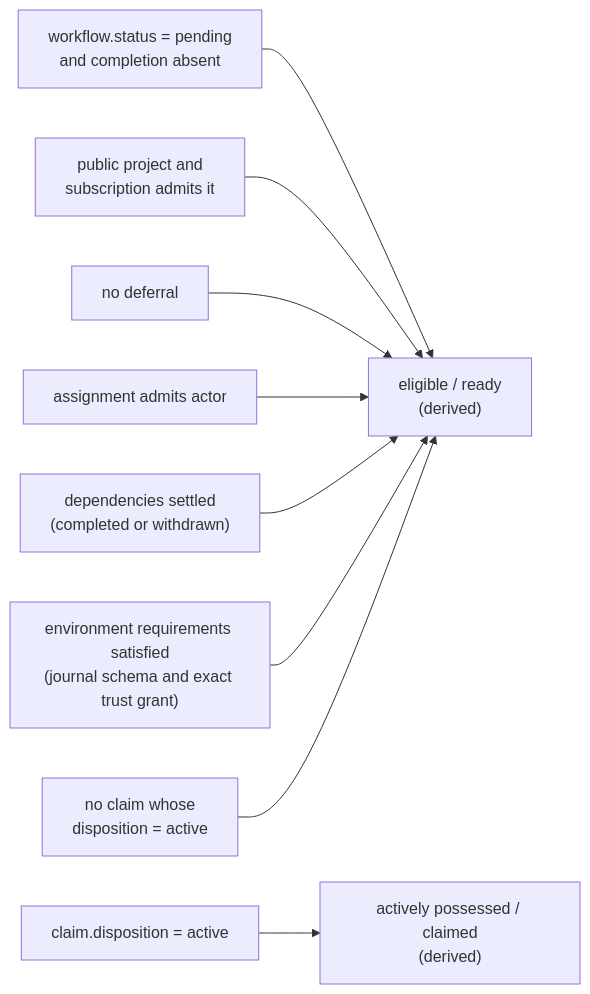
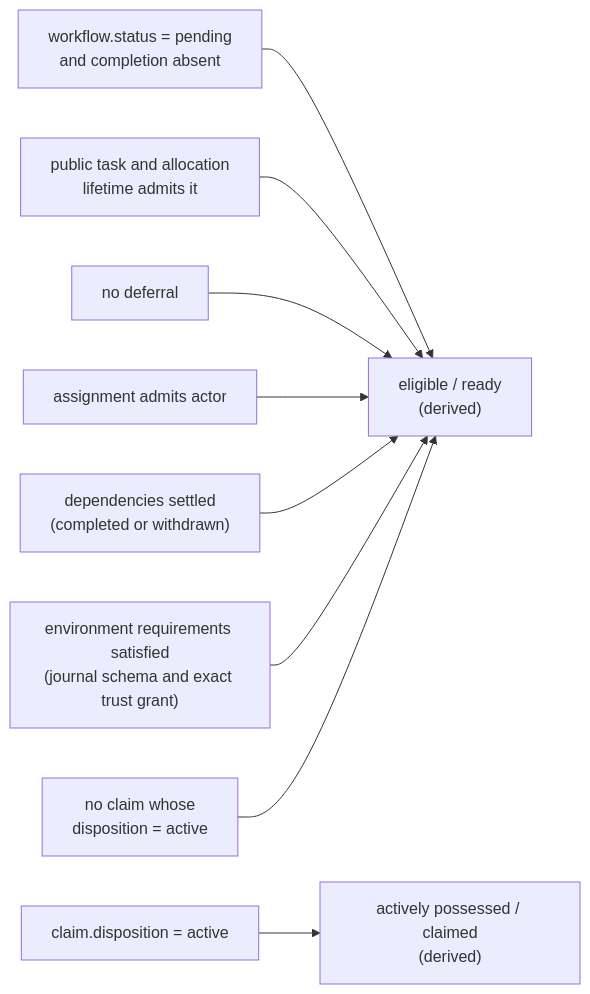
The second of 19 diagrams in docs/product/model/states.md (infimalabs/spice-rust), drawn with Mermaid before and after one commit. The commit also changed 76 other files, not shown here.

````diff
--- a/docs/product/model/states.md
+++ b/docs/product/model/states.md
@@ -27,11 +27,11 @@
 ```mermaid
 flowchart LR
   P["workflow.status = pending<br/>and completion absent"] --> E["eligible / ready<br/>(derived)"]
-  V["public project and<br/>subscription admits it"] --> E
+  V["public task and allocation<br/>lifetime admits it"] --> E
   F["no deferral"] --> E
   A["assignment admits actor"] --> E
   D["dependencies settled<br/>(completed or withdrawn)"] --> E
   R["environment requirements satisfied<br/>(journal schema and exact trust grant)"] --> E
   U["no claim whose<br/>disposition = active"] --> E
   C["claim.disposition = active"] --> H["actively possessed / claimed<br/>(derived)"]
 ```
````
